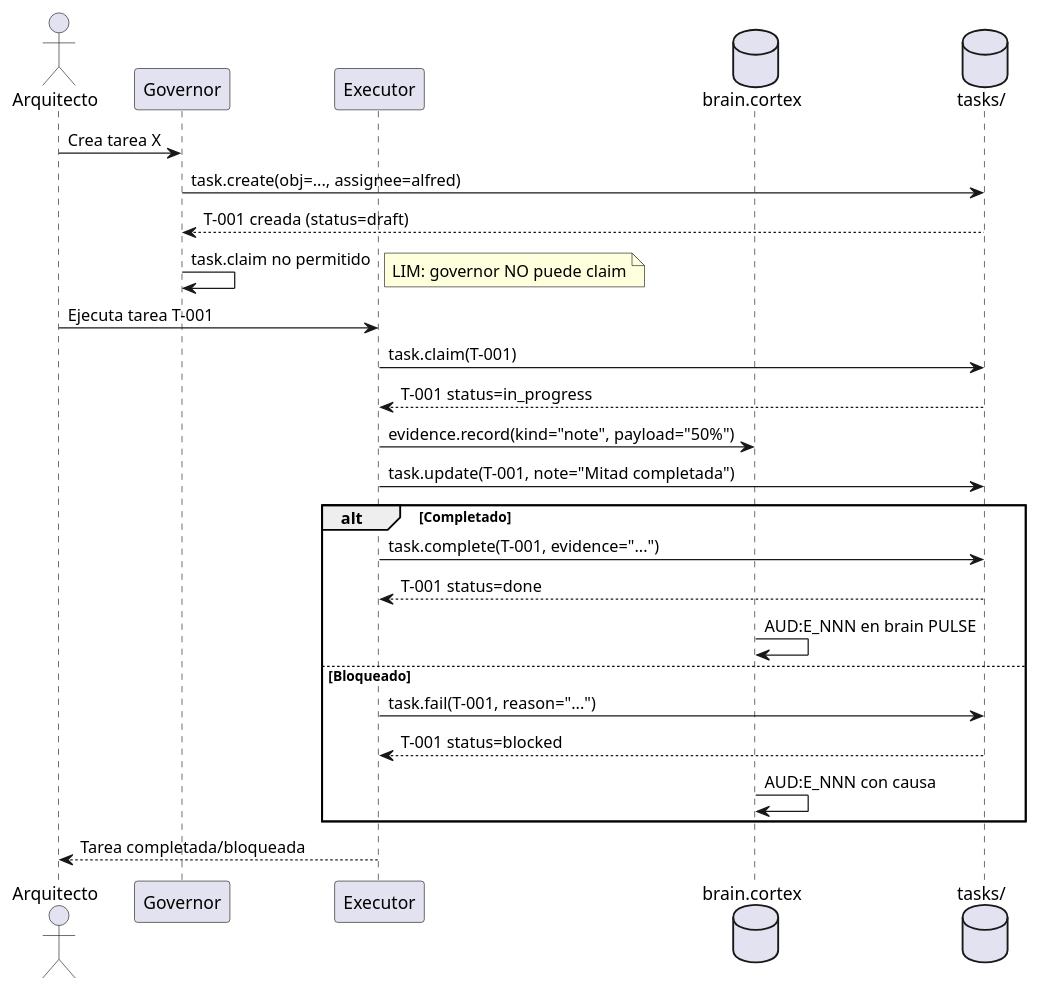
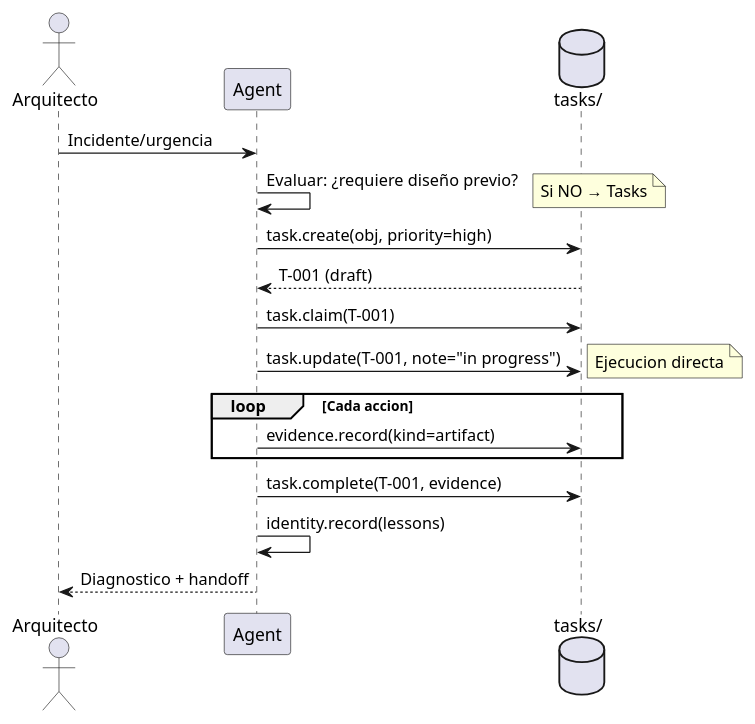
The fourth of 8 diagrams in src/arqux/skills/workflows.skill.md (FidelErnesto03/arqux), drawn with PlantUML before and after one commit. The commit also changed other lines of this file and 8 other files, not shown here.

```diff
--- a/src/arqux/skills/workflows.skill.md
+++ b/src/arqux/skills/workflows.skill.md
@@ -121,33 +127,23 @@
 @startuml
-actor "Arquitecto" as A
-participant "Governor" as GOV
-participant "Executor" as EXE
-database "brain.cortex" as BC
+actor Arquitecto
+participant Agent
 database "tasks/" as TSK
 
-A -> GOV: Crea tarea X
-GOV -> TSK: task.create(obj=..., assignee=alfred)
-TSK --> GOV: T-001 creada (status=draft)
+Arquitecto -> Agent: Incidente/urgencia
+Agent -> Agent: Evaluar: ¿requiere diseño previo?
+note right: Si NO → Tasks
+Agent -> TSK: task.create(obj, priority=high)
+TSK --> Agent: T-001 (draft)
 
-GOV -> GOV: task.claim no permitido
-note right: LIM: governor NO puede claim
+Agent -> TSK: task.claim(T-001)
+Agent -> TSK: task.update(T-001, note="in progress")
+note right: Ejecucion directa
 
-A -> EXE: Ejecuta tarea T-001
-EXE -> TSK: task.claim(T-001)
-TSK --> EXE: T-001 status=in_progress
-
-EXE -> BC: evidence.record(kind="note", payload="50%")
-EXE -> TSK: task.update(T-001, note="Mitad completada")
-
-alt Completado
-    EXE -> TSK: task.complete(T-001, evidence="...")
-    TSK --> EXE: T-001 status=done
-    BC -> BC: AUD:E_NNN en brain PULSE
-else Bloqueado
-    EXE -> TSK: task.fail(T-001, reason="...")
-    TSK --> EXE: T-001 status=blocked
-    BC -> BC: AUD:E_NNN con causa
+loop Cada accion
+  Agent -> TSK: evidence.record(kind=artifact)
 end
 
-EXE --> A: Tarea completada/bloqueada
+Agent -> TSK: task.complete(T-001, evidence)
+Agent -> Agent: identity.record(lessons)
+Agent --> Arquitecto: Diagnostico + handoff
 @enduml
```
